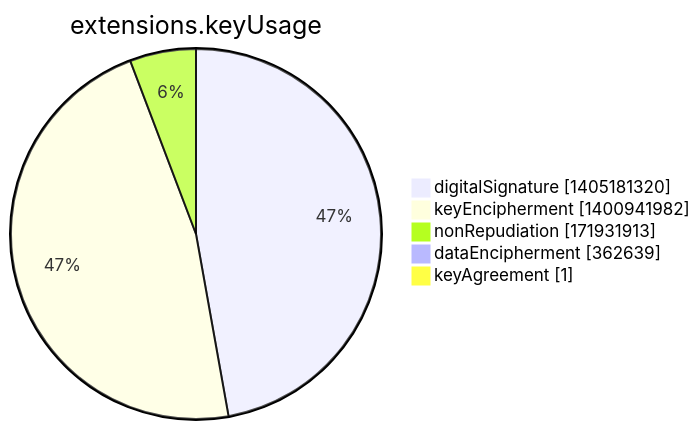
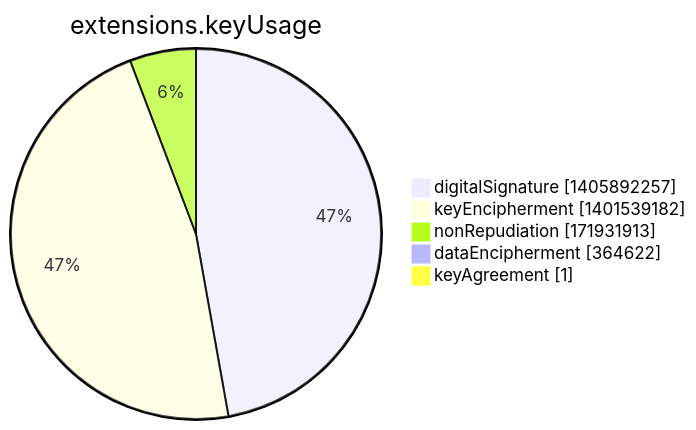
Before and after one commit to christiankrug/ctmonitor_visualization: the seventh of 15 diagrams in argon2022/README.md, drawn with Mermaid. The commit also changed other lines of this file, not shown here.

````diff
--- a/argon2022/README.md
+++ b/argon2022/README.md
@@ -2751,9 +2751,9 @@
 ```mermaid
 pie showData
 title extensions.keyUsage
-"digitalSignature" :1405181320
-"keyEncipherment" :1400941982
+"digitalSignature" :1405892257
+"keyEncipherment" :1401539182
 "nonRepudiation" :171931913
-"dataEncipherment" :362639
+"dataEncipherment" :364622
 "keyAgreement" :1
 ```
````
